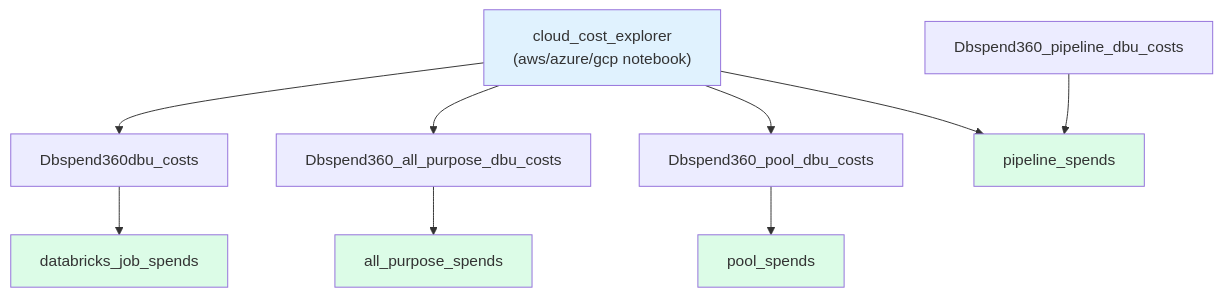
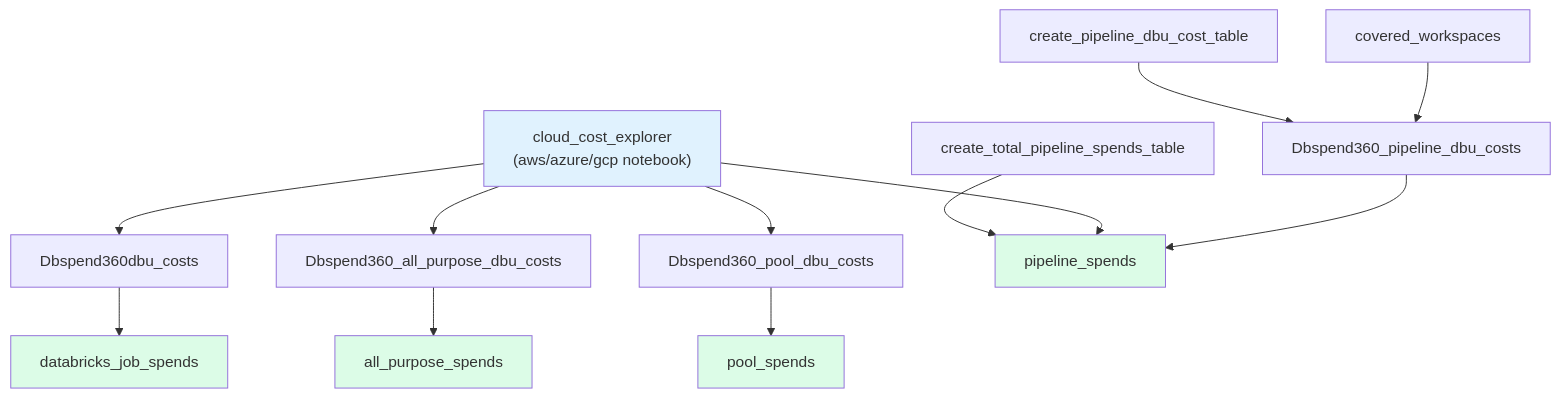
Before and after one commit to AdityaMandiwal/DBSPEND360: the first of 9 diagrams in docs/data_model_reference.md, drawn with Mermaid. The commit also changed other lines of this file and 103 other files, not shown here.

````diff
--- a/docs/data_model_reference.md
+++ b/docs/data_model_reference.md
@@ -149,21 +178,27 @@
 ```mermaid
 flowchart TD
+    DDL_PL["create_pipeline_dbu_cost_table"]
+    DDL_ROLL_PL["create_total_pipeline_spends_table"]
+    CW["covered_workspaces"]
     CCE["cloud_cost_explorer<br/>(aws/azure/gcp notebook)"]
 
     CCE --> DBU_J["Dbspend360dbu_costs"]
     CCE --> DBU_AP["Dbspend360_all_purpose_dbu_costs"]
     CCE --> DBU_P["Dbspend360_pool_dbu_costs"]
-    CCE --> ROLL_PL["pipeline_spends"]
+    DDL_PL --> DBU_PL["Dbspend360_pipeline_dbu_costs"]
+    CW --> DBU_PL
+    DDL_ROLL_PL --> ROLL_PL["pipeline_spends"]
+    CCE --> ROLL_PL
 
     DBU_J --> ROLL_J["databricks_job_spends"]
     DBU_AP --> ROLL_AP["all_purpose_spends"]
     DBU_P --> ROLL_P["pool_spends"]
 
-    DBU_PL["Dbspend360_pipeline_dbu_costs"] --> ROLL_PL
+    DBU_PL --> ROLL_PL
 
     style CCE fill:#e0f2fe
     style ROLL_J fill:#dcfce7
     style ROLL_AP fill:#dcfce7
     style ROLL_P fill:#dcfce7
     style ROLL_PL fill:#dcfce7
 ```
````
